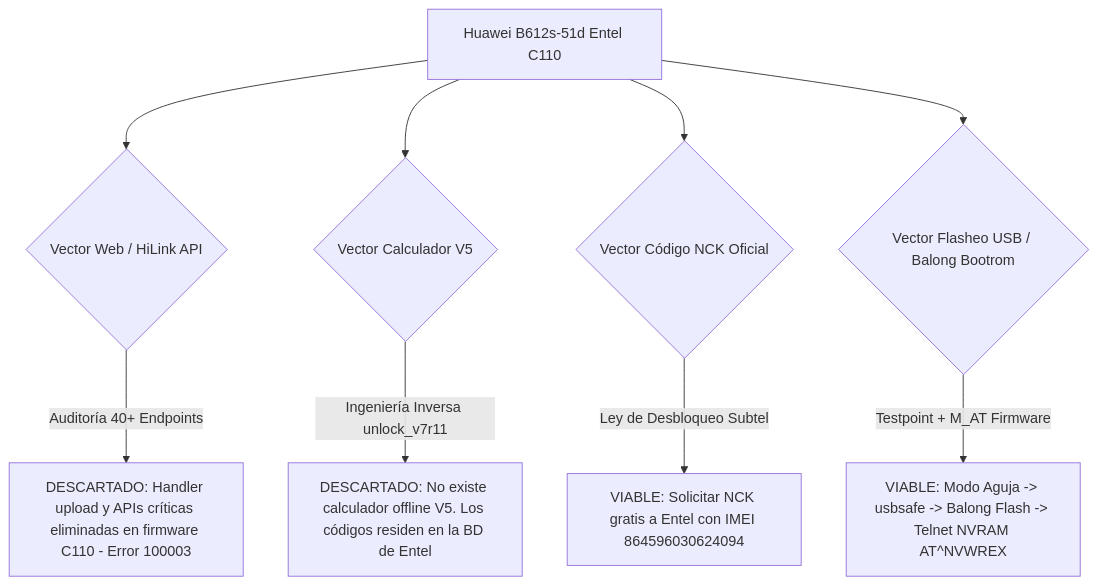
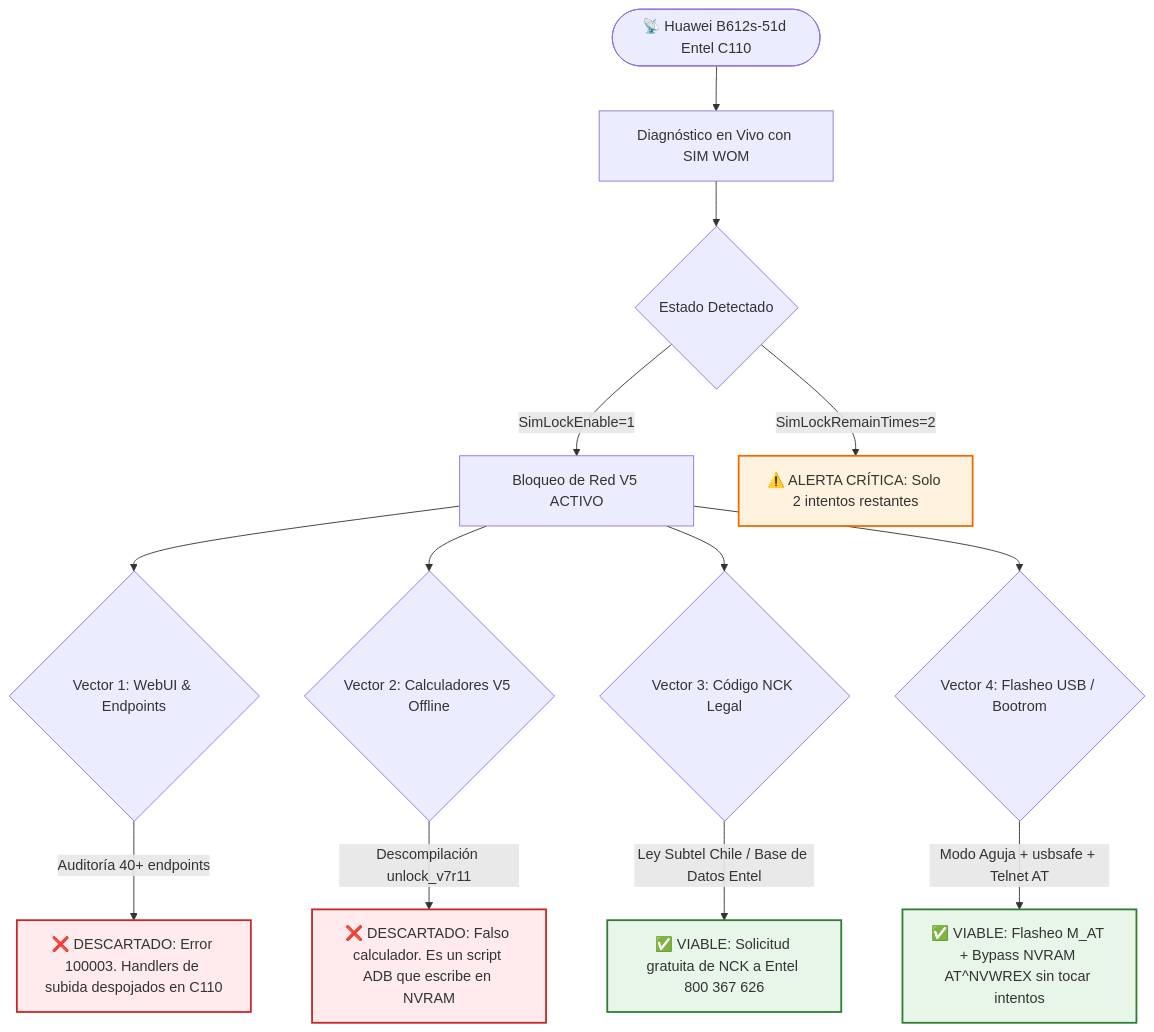
One commit to davidarellano210322-glitch/huawei-b612-unlock changed the first of 3 diagrams in README.md. Above: the diagram before and after it, drawn with Mermaid. The commit also changed other lines of this file and 1 other file, not shown here.

Commit message:
Enhance README.md with badges, architecture flowcharts, and detailed tables

````diff
--- a/README.md
+++ b/README.md
@@ -13,12 +32,24 @@
 ```mermaid
-graph TD
-    A[Huawei B612s-51d Entel C110] --> B{Vector Web / HiLink API}
-    A --> C{Vector Calculador V5}
-    A --> D{Vector Código NCK Oficial}
-    A --> E{Vector Flasheo USB / Balong Bootrom}
+flowchart TD
+    Start([📡 Huawei B612s-51d Entel C110]) --> Probe[Diagnóstico en Vivo con SIM WOM]
+    
+    Probe --> State{Estado Detectado}
+    State -->|SimLockEnable=1| Locked[Bloqueo de Red V5 ACTIVO]
+    State -->|SimLockRemainTimes=2| Alert[⚠️ ALERTA CRÍTICA: Solo 2 intentos restantes]
+    
+    Locked --> V1{Vector 1: WebUI & Endpoints}
+    Locked --> V2{Vector 2: Calculadores V5 Offline}
+    Locked --> V3{Vector 3: Código NCK Legal}
+    Locked --> V4{Vector 4: Flasheo USB / Bootrom}
+    
+    V1 -->|Auditoría 40+ endpoints| V1_Fail[❌ DESCARTADO: Error 100003. Handlers de subida despojados en C110]
+    V2 -->|Descompilación unlock_v7r11| V2_Fail[❌ DESCARTADO: Falso calculador. Es un script ADB que escribe en NVRAM]
+    V3 -->|Ley Subtel Chile / Base de Datos Entel| V3_Success[✅ VIABLE: Solicitud gratuita de NCK a Entel 800 367 626]
+    V4 -->|Modo Aguja + usbsafe + Telnet AT| V4_Success[✅ VIABLE: Flasheo M_AT + Bypass NVRAM AT^NVWREX sin tocar intentos]
 
-    B -->|Auditoría 40+ Endpoints| B1[DESCARTADO: Handler upload y APIs críticas eliminadas en firmware C110 - Error 100003]
-    C -->|Ingeniería Inversa unlock_v7r11| C1[DESCARTADO: No existe calculador offline V5. Los códigos residen en la BD de Entel]
-    D -->|Ley de Desbloqueo Subtel| D1[VIABLE: Solicitar NCK gratis a Entel con IMEI 864596030624094]
-    E -->|Testpoint + M_AT Firmware| E1[VIABLE: Modo Aguja -> usbsafe -> Balong Flash -> Telnet NVRAM AT^NVWREX]
+    style V1_Fail fill:#ffebee,stroke:#c62828,stroke-width:2px;
+    style V2_Fail fill:#ffebee,stroke:#c62828,stroke-width:2px;
+    style V3_Success fill:#e8f5e9,stroke:#2e7d32,stroke-width:2px;
+    style V4_Success fill:#e8f5e9,stroke:#2e7d32,stroke-width:2px;
+    style Alert fill:#fff3e0,stroke:#ef6c00,stroke-width:2px;
 ```
````
